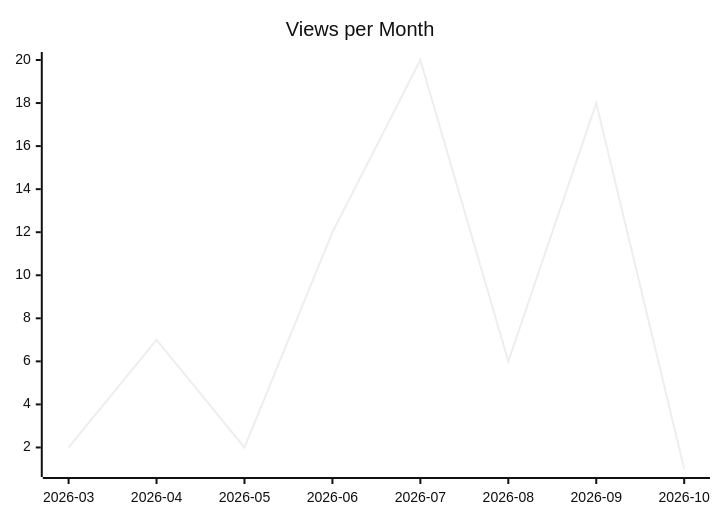
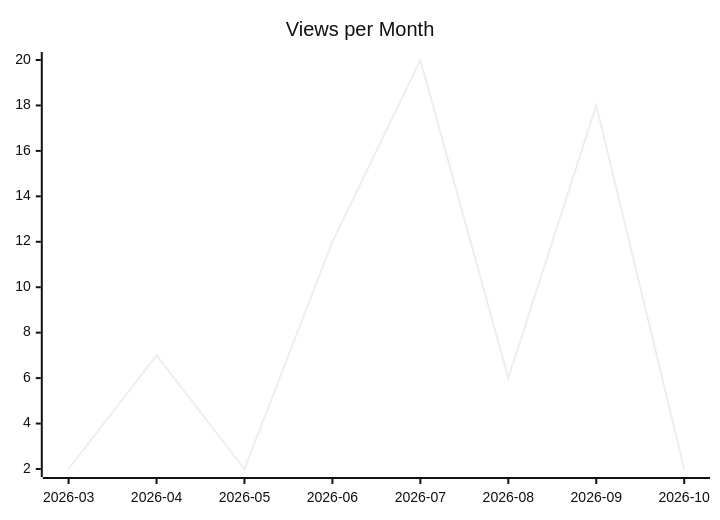
One commit to justdavis-family/github-analytics-data changed the second of 3 diagrams in karlmdavis/fhir-benchmarks/README.md. Above: the diagram before and after it, drawn with Mermaid (neutral theme). The commit also changed other lines of this file and 200 other files, not shown here.

````diff
--- a/karlmdavis/fhir-benchmarks/README.md
+++ b/karlmdavis/fhir-benchmarks/README.md
@@ -12,6 +12,6 @@
 ```mermaid
 xychart-beta
   title "Views per Month"
   x-axis ["2026-03", "2026-04", "2026-05", "2026-06", "2026-07", "2026-08", "2026-09", "2026-10"]
-  line [2, 7, 2, 12, 20, 6, 18, 1]
+  line [2, 7, 2, 12, 20, 6, 18, 2]
 ```
````
